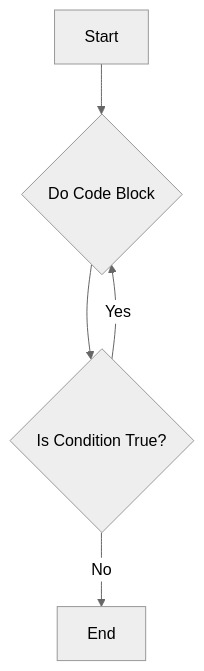
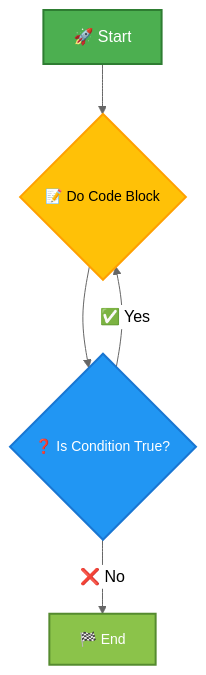
Before and after one commit to infoyouth/infoyouth.github.io: diagram 11 of 18 in _posts/2024-11-28-c-control-statements-decision-making.md, drawn with Mermaid (neutral theme). The commit also changed other lines of this file, not shown here.

````diff
--- a/_posts/2024-11-28-c-control-statements-decision-making.md
+++ b/_posts/2024-11-28-c-control-statements-decision-making.md
@@ -1126,7 +1287,13 @@
 ```mermaid
 graph TD
-    A[Start] --> B{Do Code Block};
-    B --> C{Is Condition True?};
-    C -- Yes --> B;
-    C -- No --> D[End];
+    A[🚀 Start] --> B{📝 Do Code Block};
+    B --> C{❓ Is Condition True?};
+    C -- ✅ Yes --> B;
+    C -- ❌ No --> D[🏁 End];
+
+    style A fill:#4CAF50,stroke:#2E7D32,stroke-width:2px,color:#FFFFFF,font-size:16px
+    style B fill:#FFC107,stroke:#FFA000,stroke-width:2px,color:#000000,font-size:14px
+    style C fill:#2196F3,stroke:#1976D2,stroke-width:2px,color:#FFFFFF,font-size:14px
+    style D fill:#8BC34A,stroke:#558B2F,stroke-width:2px,color:#FFFFFF,font-size:14px
+
 ```
````
